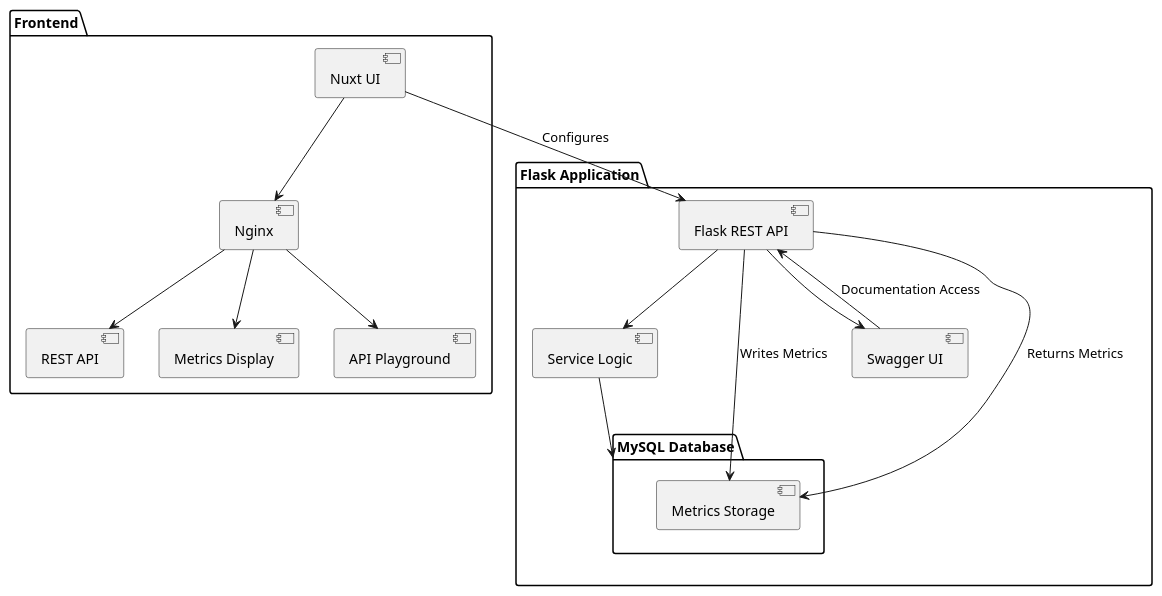
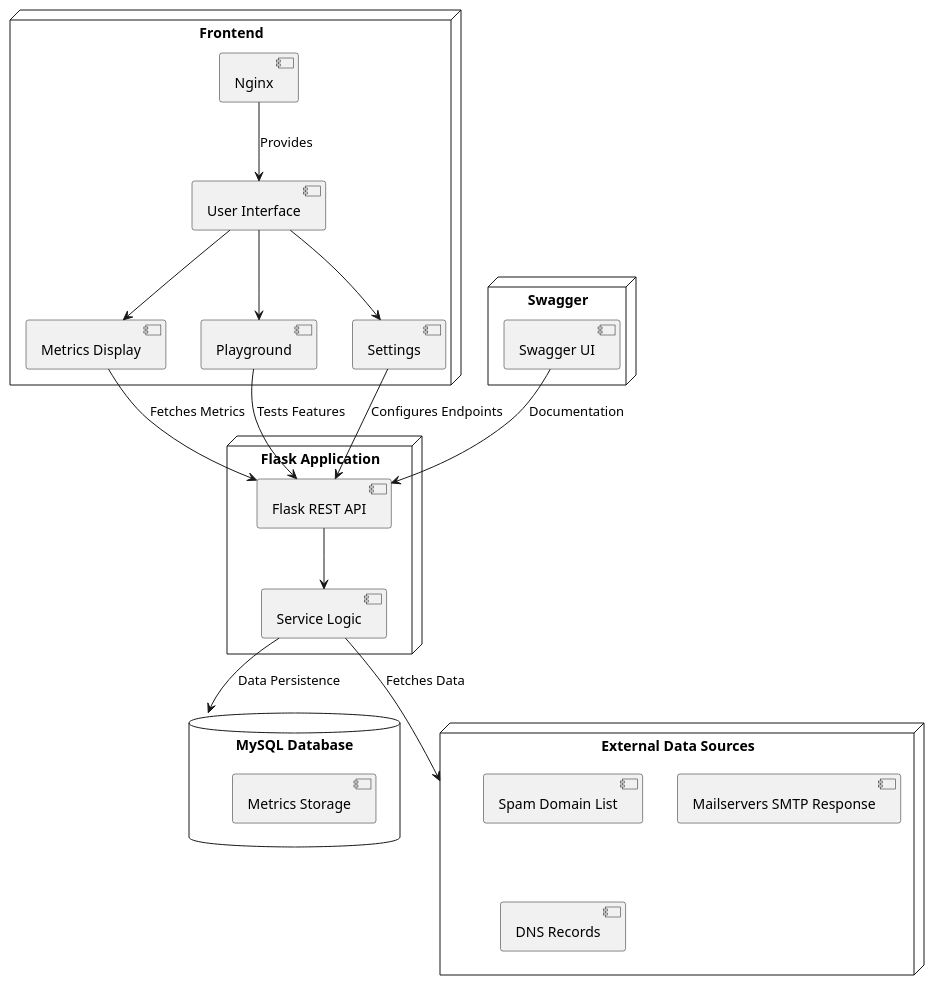
Before and after one commit to GlitchDevX/Custos: the diagram in uml/verteildiagram.puml, drawn with PlantUML.

Commit message:
finished deployment diagram

```diff
--- a/uml/verteildiagram.puml
+++ b/uml/verteildiagram.puml
@@ -1,23 +1,33 @@
 @startuml Deployment Diagram
-package "Frontend" {
-    [Nuxt UI] --> [Nginx]
-    [Nginx] --> [REST API]
-    [Nginx] --> [Metrics Display]
-    [Nginx] --> [API Playground]
+node "Frontend" {
+    [Nginx] --> [User Interface] : Provides
+    [User Interface] --> [Metrics Display]
+    [User Interface] --> [Playground]
+    [User Interface] --> [Settings]
 }
 
-package "Flask Application" {
+node "Flask Application" {
     [Flask REST API] --> [Service Logic]
-    [Service Logic] --> [MySQL Database]
-    [Flask REST API] --> [Swagger UI]
 }
 
-package "MySQL Database" {
+database "MySQL Database" {
     [Metrics Storage]
 }
 
-[Nuxt UI] --> [Flask REST API] : Configures
-[Flask REST API] --> [Metrics Storage] : Writes Metrics
-[Flask REST API] --> [Metrics Storage] : Returns Metrics
-[Swagger UI] --> [Flask REST API] : Documentation Access
+node "Swagger" {
+    [Swagger UI]
+}
+
+node "External Data Sources" {
+    [Spam Domain List]
+    [Mailservers SMTP Response]
+    [DNS Records]
+}
+
+[Service Logic] --> [External Data Sources] : Fetches Data
+[Settings] --> [Flask REST API] : Configures Endpoints
+[Playground] --> [Flask REST API] : Tests Features
+[Metrics Display] --> [Flask REST API] : Fetches Metrics
+[Swagger UI] --> [Flask REST API] : Documentation
+[Service Logic] --> [MySQL Database] : Data Persistence
 @enduml
```
